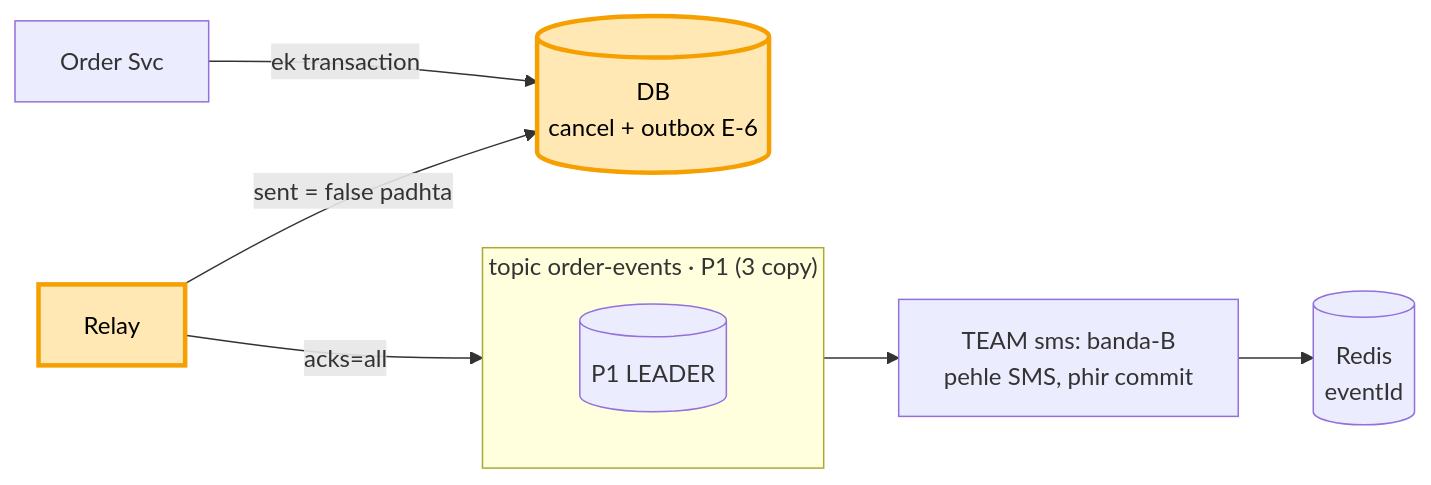
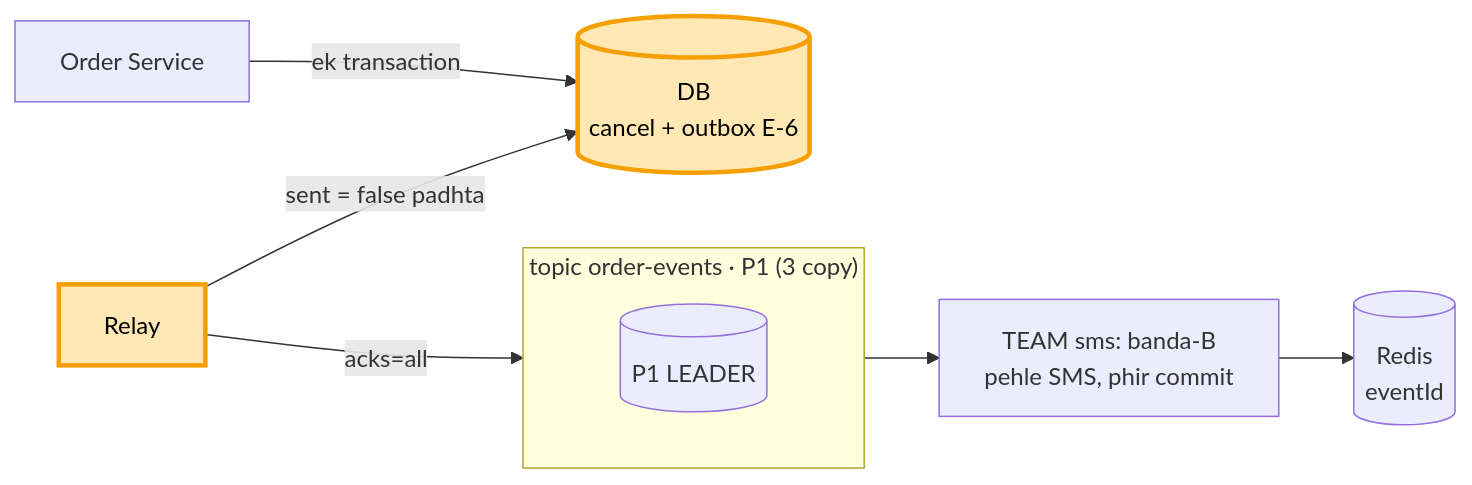
One commit to ArpanMaheshwari144/Prep changed the eighth of 8 diagrams in 04_HLD/SYSTEM_DESIGNS/12_message_queue_kafka/kafka_concepts.md. Above: the diagram before and after it, drawn with Mermaid. The commit also changed other lines of this file and 8 other files, not shown here.

Commit message:
HLD: chhote shabd poore (Service, transaction, request), lambi lines todi

````diff
--- a/04_HLD/SYSTEM_DESIGNS/12_message_queue_kafka/kafka_concepts.md
+++ b/04_HLD/SYSTEM_DESIGNS/12_message_queue_kafka/kafka_concepts.md
@@ -202,13 +202,13 @@
 ```mermaid
 flowchart LR
-    O["Order Svc"] -- "ek transaction" --> DB[("DB<br/>cancel + outbox E-6")]
+    O["Order Service"] -- "ek transaction" --> DB[("DB<br/>cancel + outbox E-6")]
     RL["Relay"] -- "sent = false padhta" --> DB
     RL -- "acks=all" --> T
     subgraph T["topic order-events · P1 (3 copy)"]
         L[("P1 LEADER")]
     end
     T --> B["TEAM sms: banda-B<br/>pehle SMS, phir commit"]
     B --> R[("Redis<br/>eventId")]
     style DB fill:#ffe8b3,stroke:#f59f00,stroke-width:3px,color:#000
     style RL fill:#ffe8b3,stroke:#f59f00,stroke-width:3px,color:#000
 ```
````
